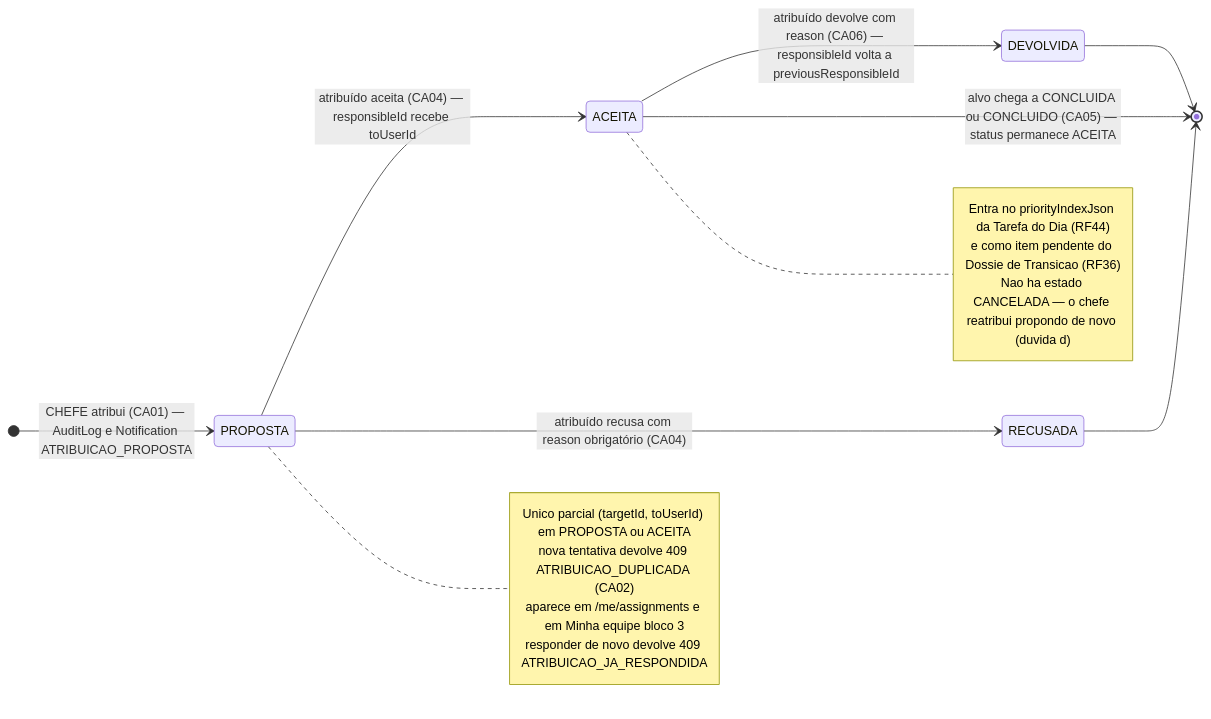
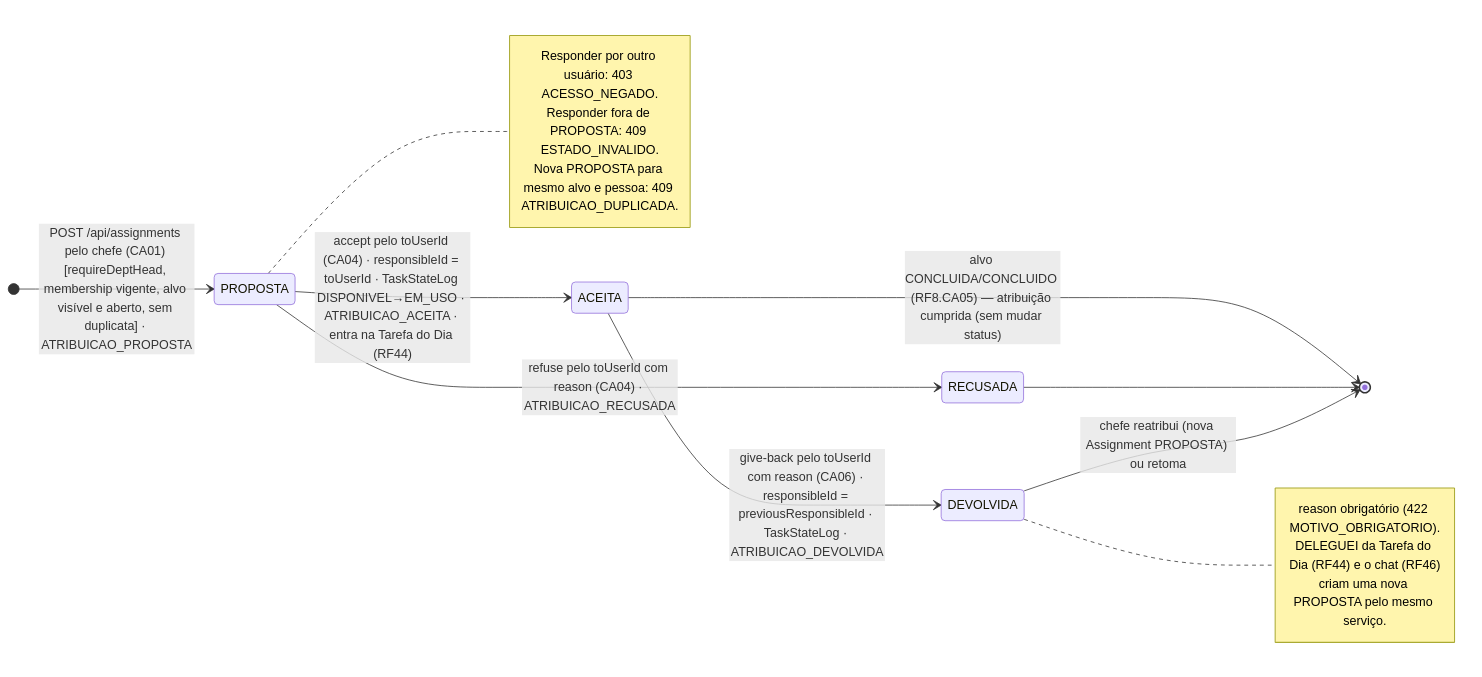
One commit to MatheusHaliski/Decia-app-2026 changed the fourth of 5 diagrams in docs/diagramas/RF10/README.md. Above: the diagram before and after it, drawn with Mermaid. The commit also changed other lines of this file, not shown here.

First line of the commit message:
docs(rf10): reescreve os 5 diagramas da atribuição pelo chefe (Assignment)

````diff
--- a/docs/diagramas/RF10/README.md
+++ b/docs/diagramas/RF10/README.md
@@ -404,23 +385,26 @@
 ```mermaid
 stateDiagram-v2
   direction LR
-  [*] --> PROPOSTA : CHEFE atribui (CA01) — AuditLog e Notification ATRIBUICAO_PROPOSTA
-  PROPOSTA --> ACEITA : atribuído aceita (CA04) — responsibleId recebe toUserId
-  PROPOSTA --> RECUSADA : atribuído recusa com reason obrigatório (CA04)
-  ACEITA --> DEVOLVIDA : atribuído devolve com reason (CA06) — responsibleId volta a previousResponsibleId
-  RECUSADA --> [*]
-  DEVOLVIDA --> [*]
-  ACEITA --> [*] : alvo chega a CONCLUIDA ou CONCLUIDO (CA05) — status permanece ACEITA
+  state "PROPOSTA" as PROP
+  state "ACEITA" as ACE
+  state "RECUSADA" as REC
+  state "DEVOLVIDA" as DEV
 
-  note right of PROPOSTA
-    Unico parcial (targetId, toUserId) em PROPOSTA ou ACEITA
-    nova tentativa devolve 409 ATRIBUICAO_DUPLICADA (CA02)
-    aparece em /me/assignments e em Minha equipe bloco 3
-    responder de novo devolve 409 ATRIBUICAO_JA_RESPONDIDA
+  [*] --> PROP : POST /api/assignments pelo chefe (CA01) [requireDeptHead, membership vigente, alvo visível e aberto, sem duplicata] · ATRIBUICAO_PROPOSTA
+  PROP --> ACE : accept pelo toUserId (CA04) · responsibleId = toUserId · TaskStateLog DISPONIVEL→EM_USO · ATRIBUICAO_ACEITA · entra na Tarefa do Dia (RF44)
+  PROP --> REC : refuse pelo toUserId com reason (CA04) · ATRIBUICAO_RECUSADA
+  ACE --> DEV : give-back pelo toUserId com reason (CA06) · responsibleId = previousResponsibleId · TaskStateLog · ATRIBUICAO_DEVOLVIDA
+  ACE --> [*] : alvo CONCLUIDA/CONCLUIDO (RF8.CA05) — atribuição cumprida (sem mudar status)
+  REC --> [*]
+  DEV --> [*] : chefe reatribui (nova Assignment PROPOSTA) ou retoma
+  note right of PROP
+    Responder por outro usuário: 403 ACESSO_NEGADO.
+    Responder fora de PROPOSTA: 409 ESTADO_INVALIDO.
+    Nova PROPOSTA para mesmo alvo e pessoa: 409 ATRIBUICAO_DUPLICADA.
   end note
-  note right of ACEITA
-    Entra no priorityIndexJson da Tarefa do Dia (RF44)
-    e como item pendente do Dossie de Transicao (RF36)
-    Nao ha estado CANCELADA — o chefe reatribui propondo de novo (duvida d)
+  note right of DEV
+    reason obrigatório (422 MOTIVO_OBRIGATORIO).
+    DELEGUEI da Tarefa do Dia (RF44) e o chat (RF46)
+    criam uma nova PROPOSTA pelo mesmo serviço.
   end note
 ```
````
